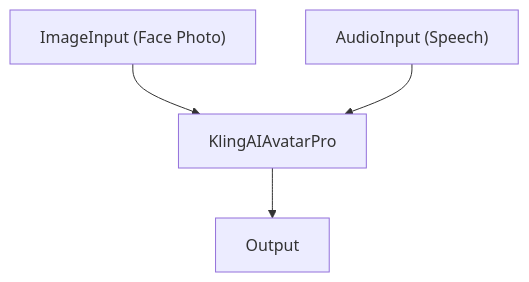
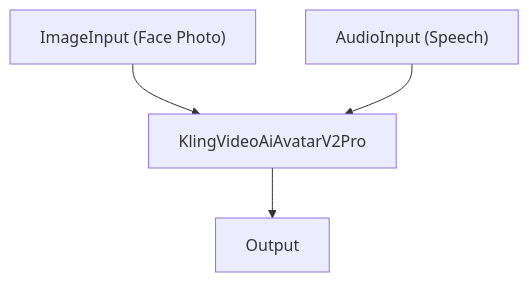
One commit to nodetool-ai/nodetool changed diagram 15 of 17 in docs/cookbook/patterns.md. Above: the diagram before and after it, drawn with Mermaid. The commit also changed other lines of this file and 6 other files, not shown here.

```diff
--- a/docs/cookbook/patterns.md
+++ b/docs/cookbook/patterns.md
@@ -505,10 +505,10 @@
 {% mermaid %}
 graph TD
   image_input["ImageInput (Face Photo)"]
   audio_input["AudioInput (Speech)"]
   output["Output"]
-  kling_avatar["KlingAIAvatarPro"]
+  kling_avatar["KlingVideoAiAvatarV2Pro"]
   image_input --> kling_avatar
   audio_input --> kling_avatar
   kling_avatar --> output
 {% endmermaid %}
```
